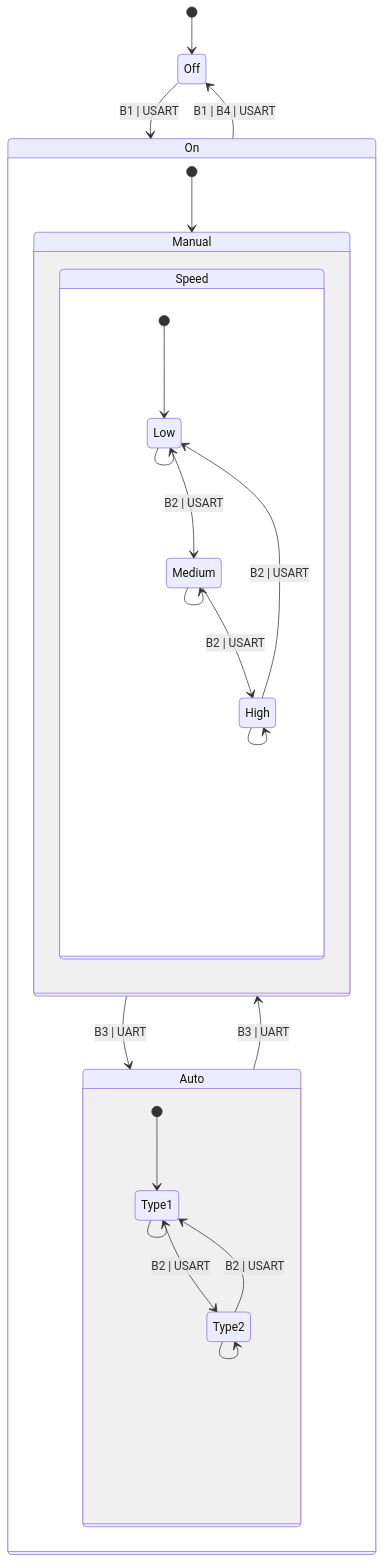
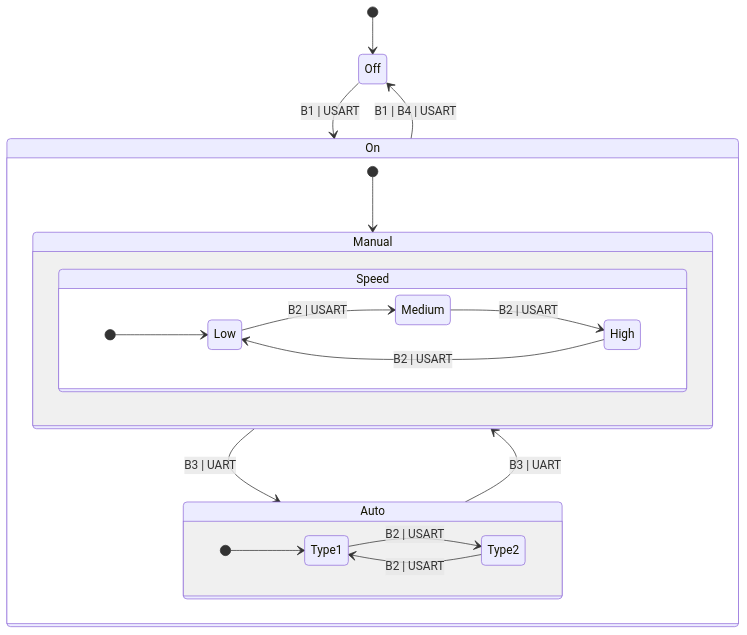
Before and after one commit to lovelyPuppies/synergy-hub: the diagram in prototypes/design/FSM/fan_FSM.md, drawn with Mermaid. The commit also changed other lines of this file and 3 other files, not shown here.

````diff
--- a/prototypes/design/FSM/fan_FSM.md
+++ b/prototypes/design/FSM/fan_FSM.md
@@ -9,44 +245,42 @@
 ```mermaid
+stateDiagram-v2
 
-stateDiagram-v2
   [*] --> Off
   state "On" as On {
     [*] --> On_Manual
 
     state "Manual" as On_Manual {
+
       state "Speed" as On_Manual_Speed {
+        direction LR
         [*] --> Low
 
         Low: Low
         Medium: Medium
         High: High
 
+
         Low --> Medium: B2 | USART
         Medium --> High: B2 | USART
         High --> Low: B2 | USART
-
-        Low --> Low
-        Medium --> Medium
-        High --> High
       }
 
     }
-    
+
     state "Auto" as On_Auto {
+      direction LR
       [*] --> Type1
       Type1: Type1
       Type2: Type2
 
       Type1 --> Type2: B2 | USART
       Type2 --> Type1: B2 | USART
 
-      Type1 --> Type1
-      Type2 --> Type2
     }
 
     On_Manual --> On_Auto: B3 | UART
     On_Auto --> On_Manual: B3 | UART
   }
   On --> Off: B1 | B4 | USART
   Off --> On: B1 | USART
 ```
````
